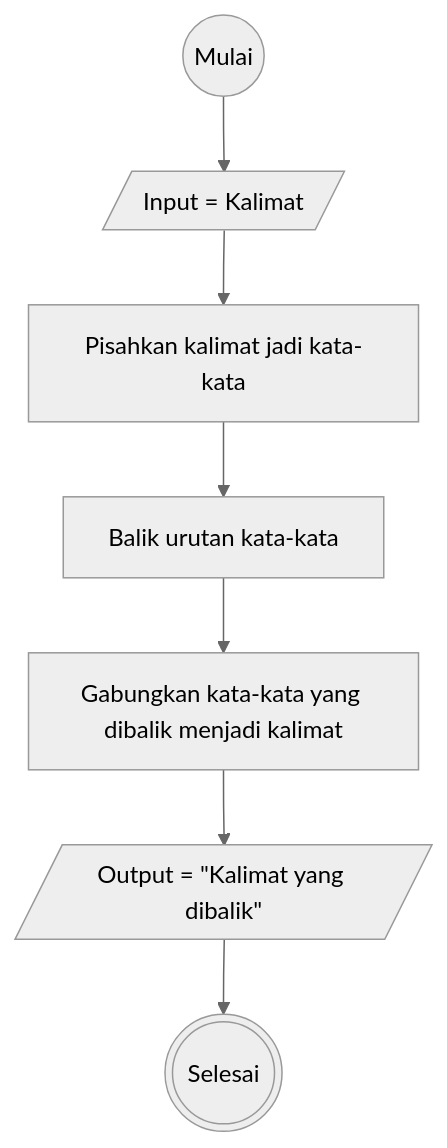
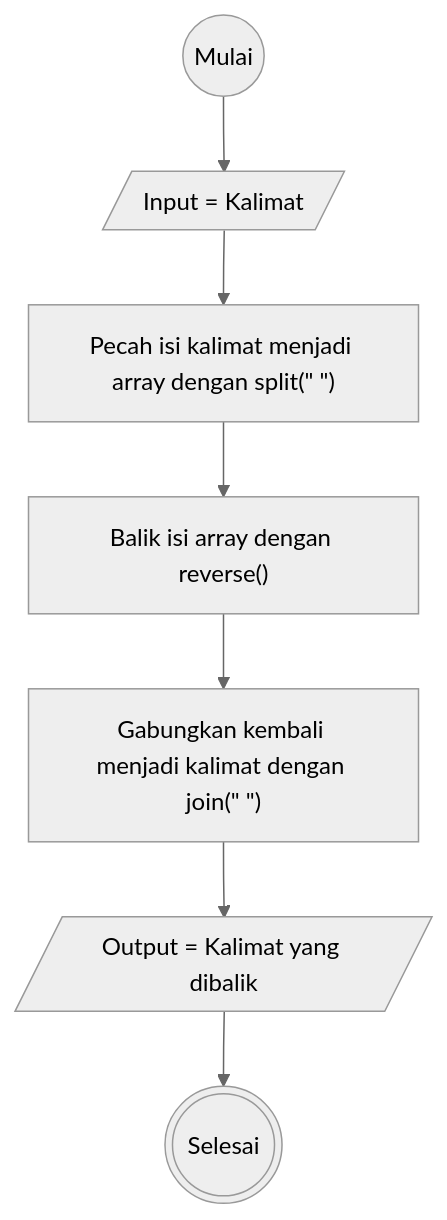
One commit to ranandasatria/fgo24-weeklytask1 changed the second of 2 diagrams in algoritma.md. Above: the diagram before and after it, drawn with Mermaid (neutral theme). The commit also changed other lines of this file, not shown here.

Commit message:
refactor: adding more detail to the descriptive algorithm and flowchart

````diff
--- a/algoritma.md
+++ b/algoritma.md
@@ -50,13 +51,13 @@
 ```mermaid
 flowchart
 
 a@{shape: circle, label: "Mulai"}
 b@{shape: lean-r, label: "Input = Kalimat"}
-c@{shape: rect, label: "Pisahkan kalimat jadi kata-kata"}
-d@{shape: rect, label: "Balik urutan kata-kata"}
-e@{shape: rect, label: "Gabungkan kata-kata yang dibalik menjadi kalimat"}
-f@{shape: lean-r, label: Output = "Kalimat yang dibalik"}
+c@{shape: rect, label: Pecah isi kalimat menjadi array dengan split(" ") }
+d@{shape: rect, label: "Balik isi array dengan reverse()"}
+e@{shape: rect, label: Gabungkan kembali menjadi kalimat dengan join(" ")}
+f@{shape: lean-r, label: "Output = Kalimat yang dibalik"}
 g@{shape: dbl-circ, label: "Selesai"}
 
 a-->b-->c-->d-->e-->f-->g
 ```
````
